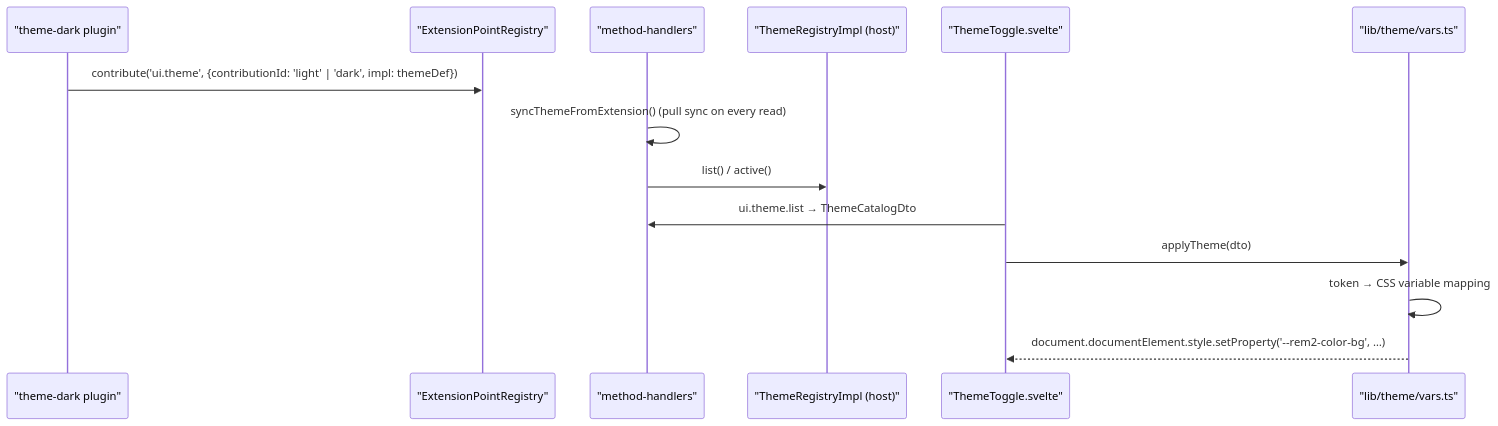
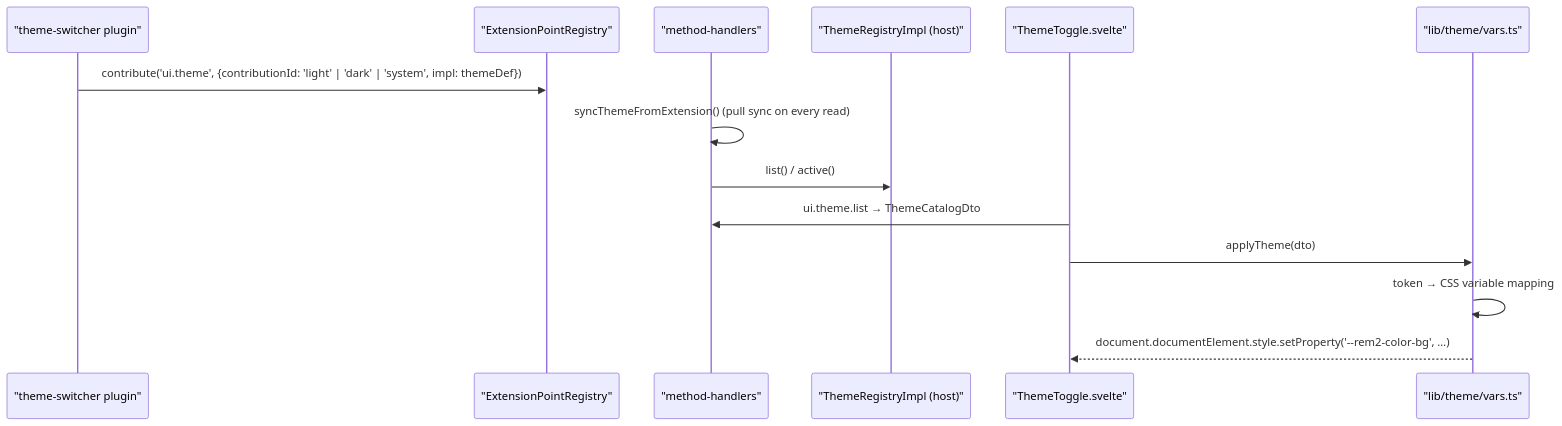
Before and after one commit to kino14910/REM2: the second of 2 diagrams in docs/en/03-frontend-ipc.md, drawn with Mermaid. The commit also changed other lines of this file and 12 other files, not shown here.

````diff
--- a/docs/en/03-frontend-ipc.md
+++ b/docs/en/03-frontend-ipc.md
@@ -332,17 +332,17 @@
 ```mermaid
 sequenceDiagram
-  participant TD as "theme-dark plugin"
+  participant TD as "theme-switcher plugin"
   participant EP as "ExtensionPointRegistry"
   participant BR as "method-handlers"
   participant TR as "ThemeRegistryImpl (host)"
   participant TH as "ThemeToggle.svelte"
   participant V as "lib/theme/vars.ts"
 
-  TD->>EP: contribute('ui.theme', {contributionId: 'light' | 'dark', impl: themeDef})
+  TD->>EP: contribute('ui.theme', {contributionId: 'light' | 'dark' | 'system', impl: themeDef})
   BR->>BR: syncThemeFromExtension() (pull sync on every read)
   BR->>TR: list() / active()
   TH->>BR: ui.theme.list → ThemeCatalogDto
   TH->>V: applyTheme(dto)
   V->>V: token → CSS variable mapping
   V-->>TH: document.documentElement.style.setProperty('--rem2-color-bg', …)
 ```
````
